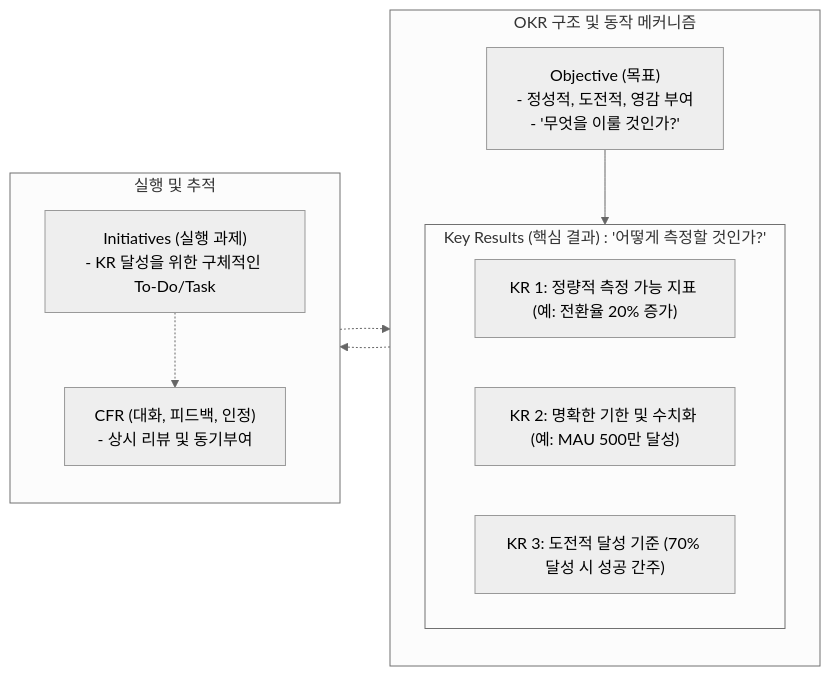
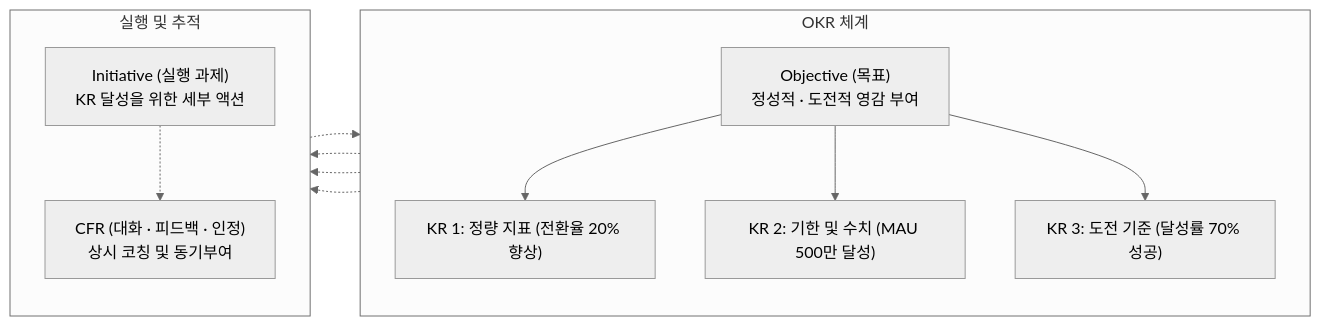
One commit to supremethumb/supremethumb.github.io changed the diagram in content/01_IT Tech/OKR.md. Above: the diagram before and after it, drawn with Mermaid (neutral theme). The commit also changed other lines of this file and 362 other files, not shown here.

````diff
--- a/content/01_IT Tech/OKR.md
+++ b/content/01_IT Tech/OKR.md
@@ -34,26 +36,21 @@
 ```mermaid
 flowchart LR
-    subgraph OKR_Cycle ["OKR 구조 및 동작 메커니즘"]
+    subgraph Framework ["OKR 체계"]
         direction TB
-        O["Objective (목표)<br/>- 정성적, 도전적, 영감 부여<br/>- '무엇을 이룰 것인가?'"]
-        
-        subgraph Key_Results ["Key Results (핵심 결과) : '어떻게 측정할 것인가?'"]
-            KR1["KR 1: 정량적 측정 가능 지표 (예: 전환율 20% 증가)"]
-            KR2["KR 2: 명확한 기한 및 수치화 (예: MAU 500만 달성)"]
-            KR3["KR 3: 도전적 달성 기준 (70% 달성 시 성공 간주)"]
-        end
-        
-        O --> Key_Results
+        O["Objective (목표)<br/>정성적 · 도전적 영감 부여"]
+        KR1["KR 1: 정량 지표 (전환율 20% 향상)"]
+        KR2["KR 2: 기한 및 수치 (MAU 500만 달성)"]
+        KR3["KR 3: 도전 기준 (달성률 70% 성공)"]
+        O --> KR1 & KR2 & KR3
     end
     
     subgraph Execution ["실행 및 추적"]
         direction TB
-        Init["Initiatives (실행 과제)<br/>- KR 달성을 위한 구체적인 To-Do/Task"]
-        CFR["CFR (대화, 피드백, 인정)<br/>- 상시 리뷰 및 동기부여"]
+        Init["Initiative (실행 과제)<br/>KR 달성을 위한 세부 액션"]
+        CFR["CFR (대화 · 피드백 · 인정)<br/>상시 코칭 및 동기부여"]
     end
     
-    Key_Results -.-> Init
+    KR1 & KR2 & KR3 -.-> Init
     Init -.-> CFR
     CFR -.-> O
-
 ```
````
